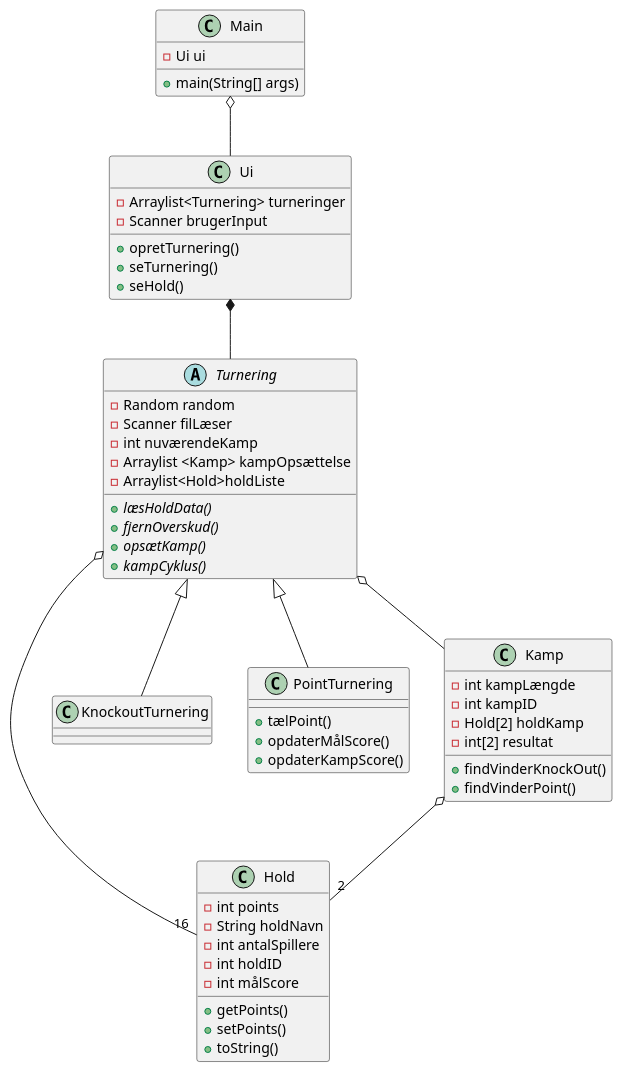
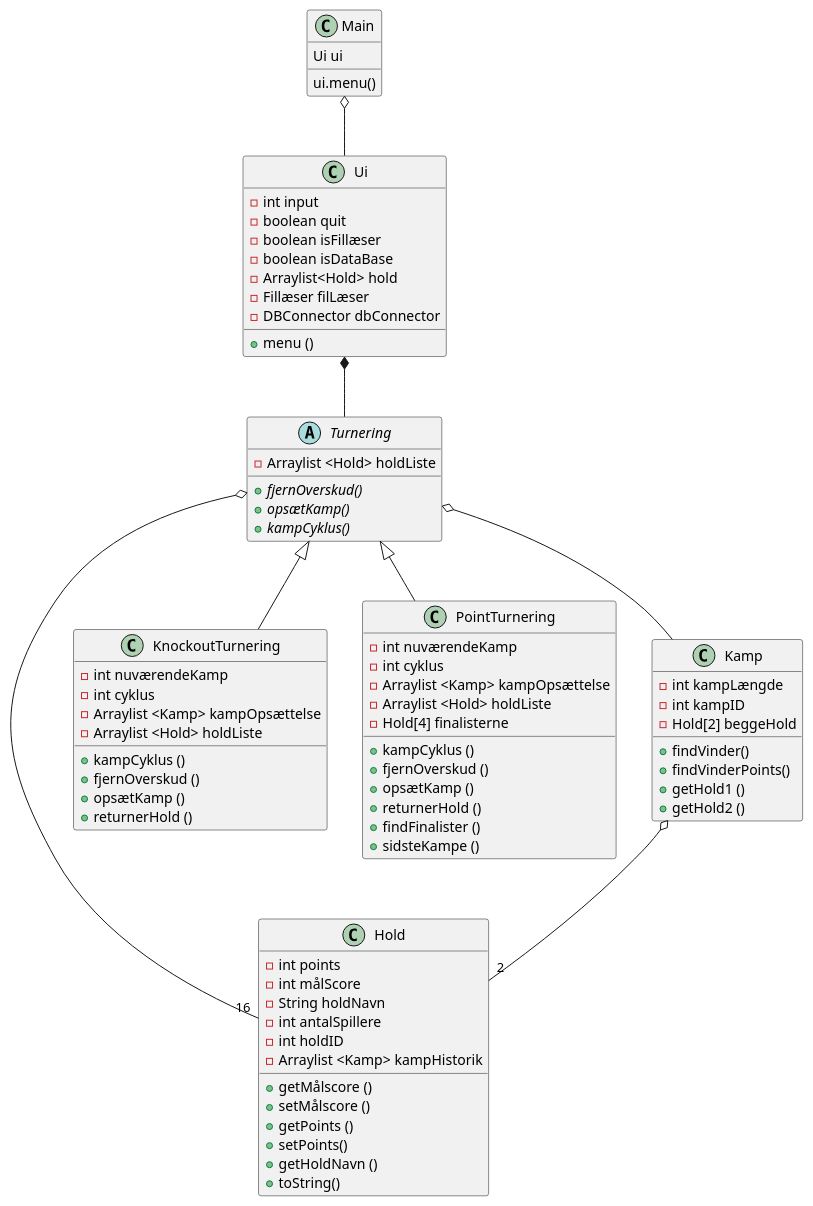
One commit to Datamatiker-A3/SP3 changed the diagram in SP3/src/UML/Klassediagram.puml. Above: the diagram before and after it, drawn with PlantUML. The commit also changed 7 other files, not shown here.

```diff
--- a/SP3/src/UML/Klassediagram.puml
+++ b/SP3/src/UML/Klassediagram.puml
@@ -1,71 +1,90 @@
 @startuml
 'https://plantuml.com/class-diagram
 
 abstract class Turnering
 class Main
 class Hold
 class KnockoutTurnering
 class PointTurnering
 class Kamp
 Main o-- Ui
 Ui *-- Turnering
 Turnering <|-- KnockoutTurnering
 Turnering<|-- PointTurnering
 Turnering o-- "16" Hold
 Turnering o-- Kamp
 Kamp o-- "2" Hold
 
 class Ui{
- - Arraylist<Turnering> turneringer
- - Scanner brugerInput
- + opretTurnering()
- + seTurnering()
- + seHold()
+ - int input
+ - boolean quit
+ - boolean isFillæser
+ - boolean isDataBase
+ - Arraylist<Hold> hold
+ - Fillæser filLæser
+ - DBConnector dbConnector
+ + menu ()
 }
 
 class Main {
- + main(String[] args)
- - Ui ui
+  Ui ui
+  ui.menu()
 }
 class Kamp{
 - int kampLængde
 - int kampID
-- Hold[2] holdKamp
-- int[2] resultat
-+ findVinderKnockOut()
-+ findVinderPoint()
+- Hold[2] beggeHold
++ findVinder()
++ findVinderPoints()
++ getHold1 ()
++ getHold2 ()
 }
 
 class Hold{
 - int points
+- int målScore
 - String holdNavn
 - int antalSpillere
 - int holdID
-- int målScore
-+ getPoints()
+- Arraylist <Kamp> kampHistorik
++ getMålscore ()
++ setMålscore ()
++ getPoints ()
 + setPoints()
++ getHoldNavn ()
 + toString()
 
 }
 abstract class Turnering{
-- Random random
-- Scanner filLæser
-- int nuværendeKamp
-- Arraylist <Kamp> kampOpsættelse
-- Arraylist<Hold>holdListe
-+ {abstract}læsHoldData()
+- Arraylist <Hold> holdListe
 + {abstract}fjernOverskud()
 + {abstract}opsætKamp()
 + {abstract}kampCyklus()
 }
 class KnockoutTurnering{
+- int nuværendeKamp
+- int cyklus
+- Arraylist <Kamp> kampOpsættelse
+- Arraylist <Hold> holdListe
++ kampCyklus ()
++ fjernOverskud ()
++ opsætKamp ()
++ returnerHold ()
 
 }
 class PointTurnering{
-+ tælPoint()
-+ opdaterMålScore()
-+ opdaterKampScore()
+- int nuværendeKamp
+- int cyklus
+- Arraylist <Kamp> kampOpsættelse
+- Arraylist <Hold> holdListe
+- Hold[4] finalisterne
++ kampCyklus ()
++ fjernOverskud ()
++ opsætKamp ()
++ returnerHold ()
++ findFinalister ()
++ sidsteKampe ()
 }
 
 
 @enduml
```
